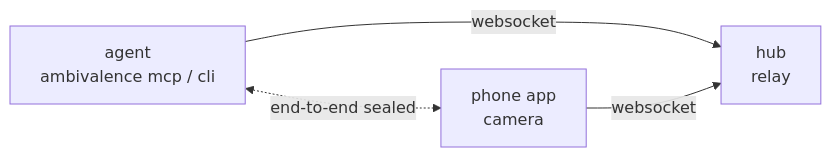
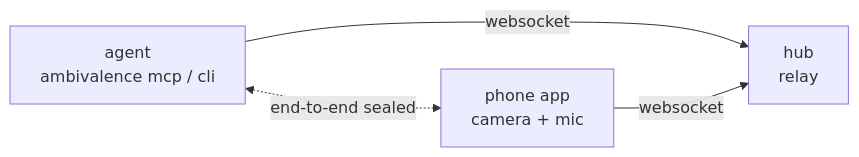
One commit to Microck/ambivalence changed the diagram in README.md. Above: the diagram before and after it, drawn with Mermaid. The commit also changed other lines of this file and 29 other files, not shown here.

````diff
--- a/README.md
+++ b/README.md
@@ -247,6 +255,6 @@
 ```mermaid
 flowchart LR
   agent["agent<br/>ambivalence mcp / cli"] -- websocket --> hub["hub<br/>relay"]
-  phone["phone app<br/>camera"] -- websocket --> hub
+  phone["phone app<br/>camera + mic"] -- websocket --> hub
   agent <-. "end-to-end sealed" .-> phone
 ```
````
